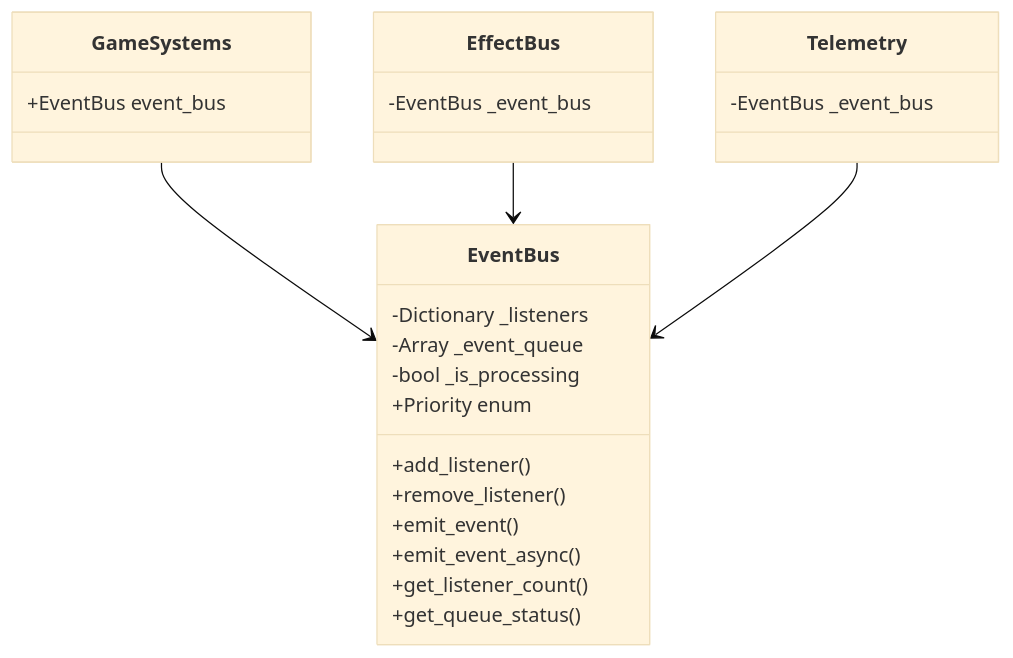
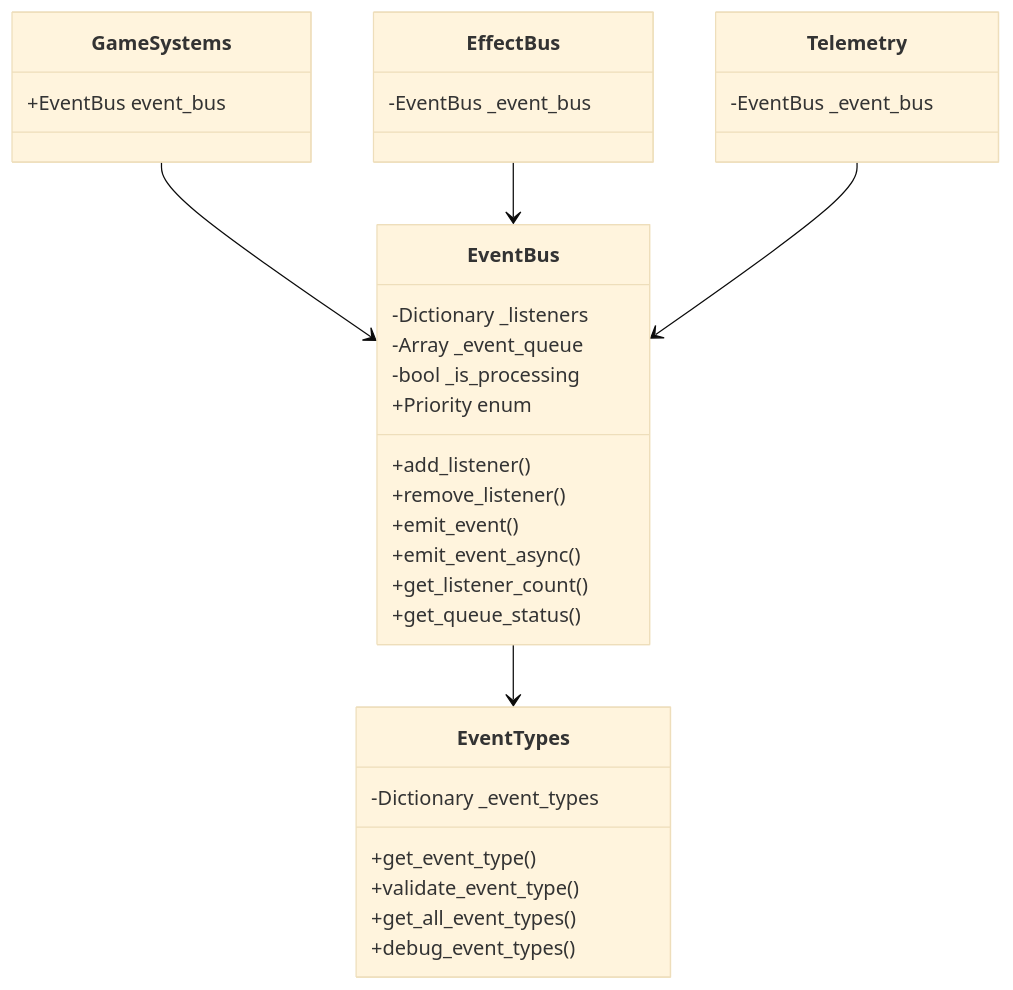
One commit to nel2116/GodotGame changed the first of 3 diagrams in Docs/10_CoreDocs/15_ImplementationSpecs/15.2_EventBus.md. Above: the diagram before and after it, drawn with Mermaid (base theme). The commit also changed other lines of this file and 65 other files, not shown here.

````diff
--- a/Docs/10_CoreDocs/15_ImplementationSpecs/15.2_EventBus.md
+++ b/Docs/10_CoreDocs/15_ImplementationSpecs/15.2_EventBus.md
@@ -47,31 +47,40 @@
 ```mermaid
 classDiagram
     class EventBus {
         -Dictionary _listeners
         -Array _event_queue
         -bool _is_processing
         +Priority enum
         +add_listener()
         +remove_listener()
         +emit_event()
         +emit_event_async()
         +get_listener_count()
         +get_queue_status()
+    }
+
+    class EventTypes {
+        -Dictionary _event_types
+        +get_event_type()
+        +validate_event_type()
+        +get_all_event_types()
+        +debug_event_types()
     }
 
     class GameSystems {
         +EventBus event_bus
     }
 
     class EffectBus {
         -EventBus _event_bus
     }
 
     class Telemetry {
         -EventBus _event_bus
     }
 
     GameSystems --> EventBus
     EffectBus --> EventBus
     Telemetry --> EventBus
+    EventBus --> EventTypes
 ```
````
